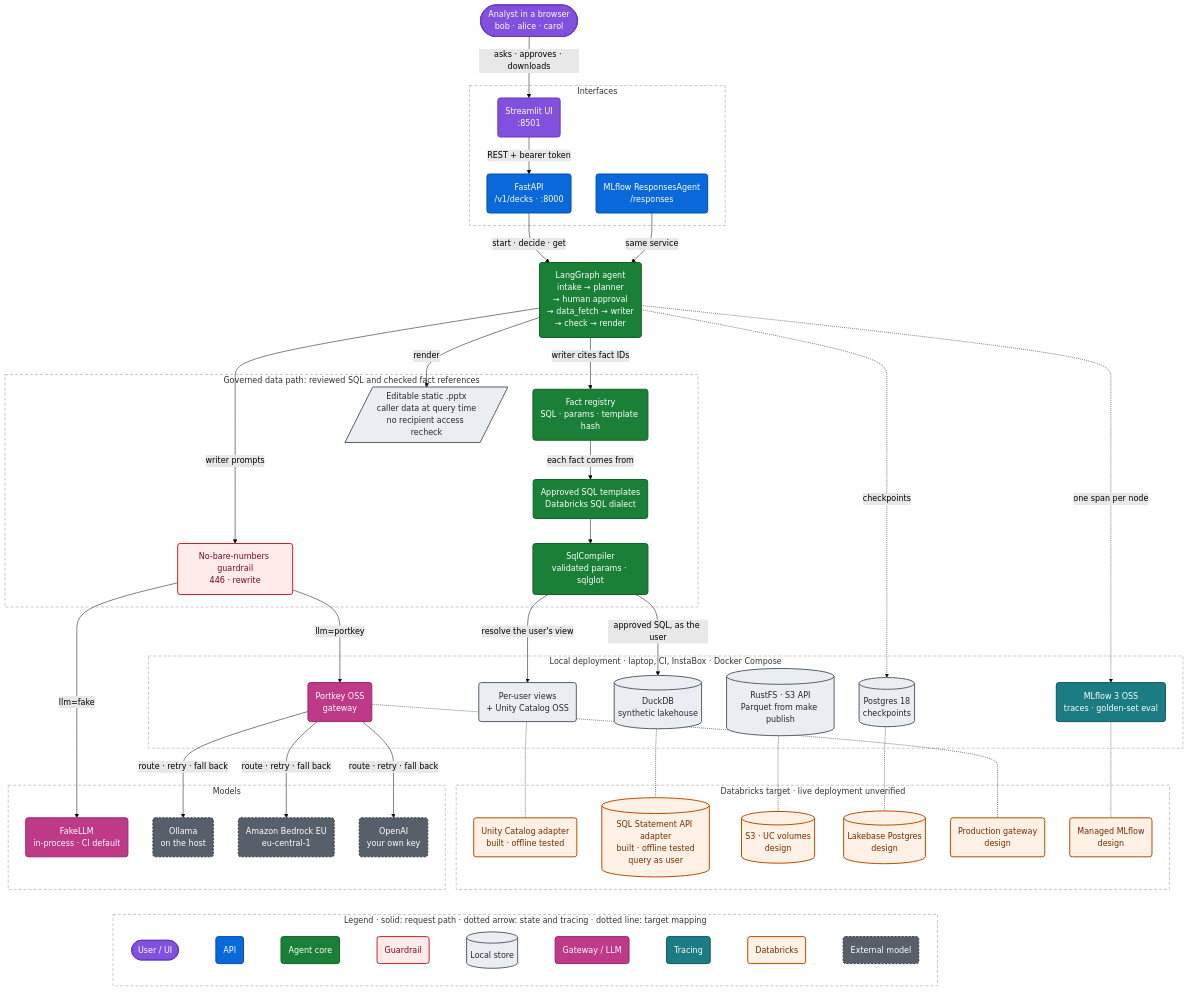
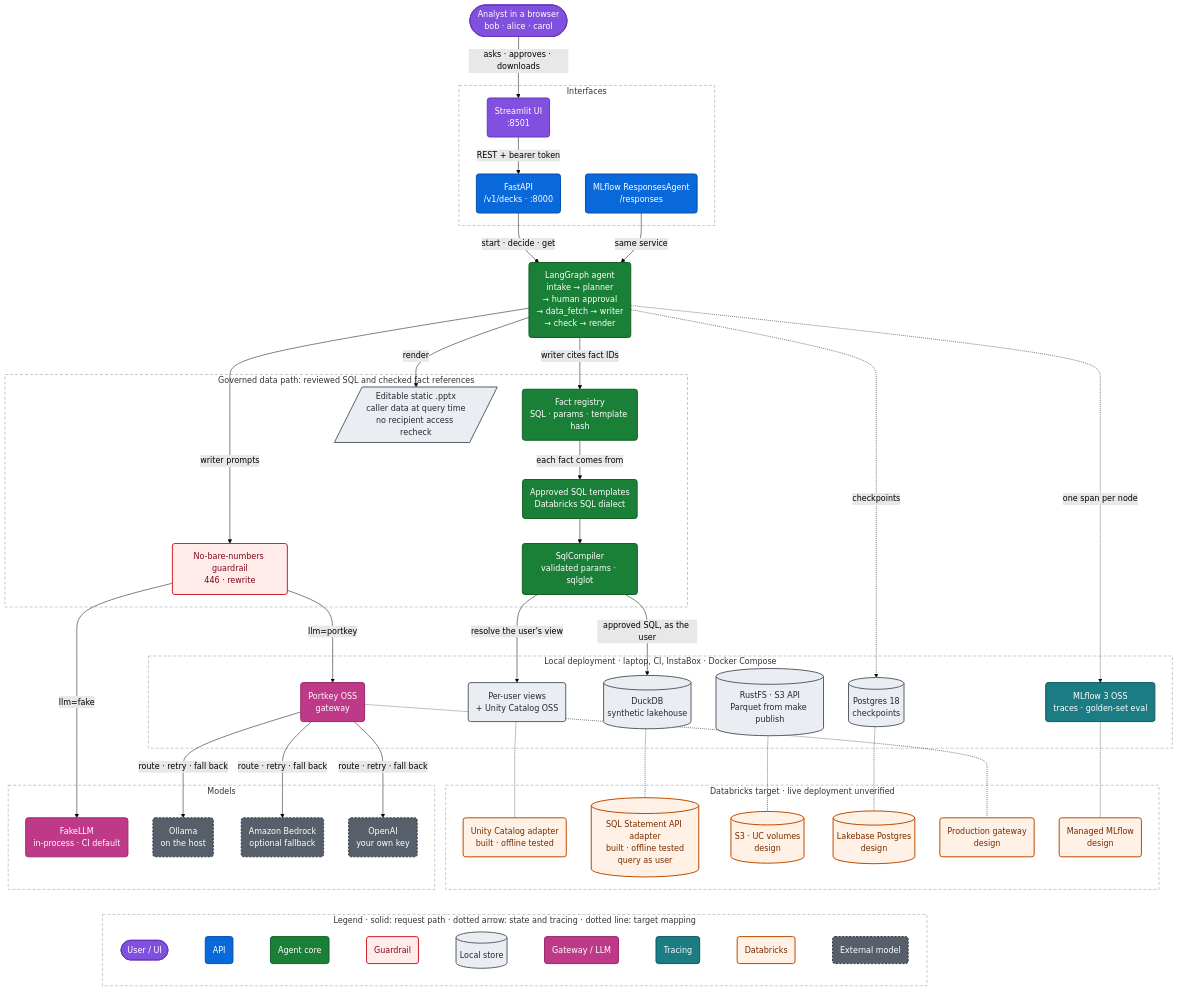
One commit to santoshshinde2012/deck-smith-local changed the diagram in docs/diagrams/system.mmd. Above: the diagram before and after it, drawn with Mermaid (forest theme). The commit also changed 11 other files, not shown here.

```diff
--- a/docs/diagrams/system.mmd
+++ b/docs/diagrams/system.mmd
@@ -1,93 +1,93 @@
 %% diagram: system
 %% caption: System architecture. The local stack runs end to end. Databricks identity, catalog and SQL adapters are implemented and tested offline; workspace deployment, managed state, storage, tracing and model routing still need validation.
 flowchart TB
   USER(["Analyst in a browser<br/>bob · alice · carol"]):::ui
 
   subgraph IF["Interfaces"]
     UI("Streamlit UI<br/>:8501"):::ui
     API("FastAPI<br/>/v1/decks · :8000"):::app
     RA("MLflow ResponsesAgent<br/>/responses"):::app
   end
 
   AGENT("LangGraph agent<br/>intake → planner<br/>→ human approval<br/>→ data_fetch → writer<br/>→ check → render"):::core
 
   subgraph GOV["Governed data path: reviewed SQL and checked fact references"]
     FR("Fact registry<br/>SQL · params · template hash"):::core
     TPL("Approved SQL templates<br/>Databricks SQL dialect"):::core
     CMP("SqlCompiler<br/>validated params · sqlglot"):::core
     GR("No-bare-numbers guardrail<br/>446 · rewrite"):::sec
     PPTX[/"Editable static .pptx<br/>caller data at query time<br/>no recipient access recheck"/]:::store
   end
 
   subgraph LOCAL["Local deployment · laptop, CI, InstaBox · Docker Compose"]
     L_UC("Per-user views<br/>+ Unity Catalog OSS"):::store
     L_DS[("DuckDB<br/>synthetic lakehouse")]:::store
     L_S3[("RustFS · S3 API<br/>Parquet from make publish")]:::store
     L_ST[("Postgres 18<br/>checkpoints")]:::store
     L_GW("Portkey OSS<br/>gateway"):::llm
     L_TR("MLflow 3 OSS<br/>traces · golden-set eval"):::obs
   end
 
   subgraph DBX["Databricks target · live deployment unverified"]
     D_UC("Unity Catalog adapter<br/>built · offline tested"):::dbx
     D_DS[("SQL Statement API adapter<br/>built · offline tested<br/>query as user")]:::dbx
     D_S3[("S3 · UC volumes<br/>design")]:::dbx
     D_ST[("Lakebase Postgres<br/>design")]:::dbx
     D_GW("Production gateway<br/>design"):::dbx
     D_TR("Managed MLflow<br/>design"):::dbx
   end
 
   subgraph MODELS["Models"]
     FAKE("FakeLLM<br/>in-process · CI default"):::llm
     OLL("Ollama<br/>on the host"):::ext
-    BED("Amazon Bedrock EU<br/>eu-central-1"):::ext
+    BED("Amazon Bedrock<br/>optional fallback"):::ext
     OAI("OpenAI<br/>your own key"):::ext
   end
 
   USER -->|asks · approves · downloads| UI
   UI -->|REST + bearer token| API
   API -->|start · decide · get| AGENT
   RA -->|same service| AGENT
   AGENT -->|writer cites fact IDs| FR
   FR -->|each fact comes from| TPL
   TPL --> CMP
   CMP -->|"resolve the user's view"| L_UC
   CMP -->|approved SQL, as the user| L_DS
   AGENT -->|writer prompts| GR
   GR -->|llm=portkey| L_GW
   GR -->|llm=fake| FAKE
   L_GW -->|route · retry · fall back| OLL & BED & OAI
   AGENT -->|render| PPTX
   AGENT -.->|checkpoints| L_ST
   AGENT -.->|one span per node| L_TR
 
   L_UC -.- D_UC
   L_DS -.- D_DS
   L_S3 -.- D_S3
   L_ST -.- D_ST
   L_GW -.- D_GW
   L_TR -.- D_TR
 
   subgraph LEGEND["Legend · solid: request path · dotted arrow: state and tracing · dotted line: target mapping"]
     direction LR
     K1(["User / UI"]):::ui ~~~ K2("API"):::app ~~~ K3("Agent core"):::core ~~~ K4("Guardrail"):::sec ~~~ K5[("Local store")]:::store ~~~ K6("Gateway / LLM"):::llm ~~~ K7("Tracing"):::obs ~~~ K8("Databricks"):::dbx ~~~ K9("External model"):::ext
   end
 
   classDef ui fill:#8250DF,stroke:#6639BA,stroke-width:2px,color:#FFFFFF
   classDef app fill:#0969DA,stroke:#0550AE,stroke-width:2px,color:#FFFFFF
   classDef core fill:#1A7F37,stroke:#116329,stroke-width:2px,color:#FFFFFF
   classDef port fill:#FFF8C5,stroke:#9A6700,stroke-width:2px,color:#3B2300
   classDef local fill:#DDF4FF,stroke:#0969DA,stroke-width:2px,color:#0A3069
   classDef dbx fill:#FFF1E5,stroke:#BC4C00,stroke-width:2px,color:#762C00
   classDef store fill:#EAEEF2,stroke:#57606A,stroke-width:2px,color:#24292F
   classDef llm fill:#BF3989,stroke:#99286E,stroke-width:2px,color:#FFFFFF
   classDef obs fill:#1B7C83,stroke:#0E5A60,stroke-width:2px,color:#FFFFFF
   classDef ext fill:#57606A,stroke:#32383F,stroke-width:2px,color:#FFFFFF,stroke-dasharray:4 3
   classDef sec fill:#FFEBE9,stroke:#CF222E,stroke-width:2px,color:#82071E
   style IF fill:transparent,stroke:#8C959F,stroke-width:1px,stroke-dasharray:6 4
   style GOV fill:transparent,stroke:#8C959F,stroke-width:1px,stroke-dasharray:6 4
   style LOCAL fill:transparent,stroke:#8C959F,stroke-width:1px,stroke-dasharray:6 4
   style DBX fill:transparent,stroke:#8C959F,stroke-width:1px,stroke-dasharray:6 4
   style MODELS fill:transparent,stroke:#8C959F,stroke-width:1px,stroke-dasharray:6 4
   DBX ~~~ LEGEND
   style LEGEND fill:transparent,stroke:#8C959F,stroke-width:1px,stroke-dasharray:6 4
```
